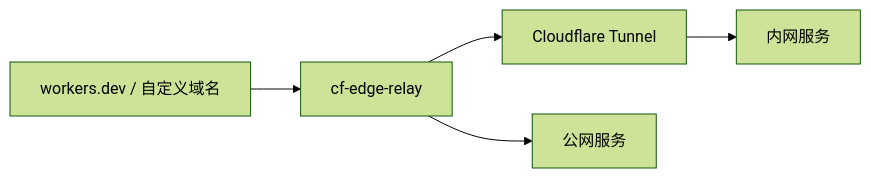
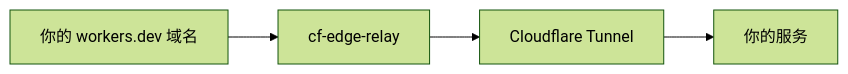
One commit to dreamhunter2333/cf-edge-relay changed the diagram in README.zh-CN.md. Above: the diagram before and after it, drawn with Mermaid (forest theme). The commit also changed other lines of this file and 8 other files, not shown here.

````diff
--- a/README.zh-CN.md
+++ b/README.zh-CN.md
@@ -7,6 +7,4 @@
 ```mermaid
 flowchart LR
-  In["workers.dev / 自定义域名"] --> Proxy["cf-edge-relay"]
-  Proxy --> Tunnel["Cloudflare Tunnel"] --> Private["内网服务"]
-  Proxy --> Public["公网服务"]
+  URL["你的 workers.dev 域名"] --> Worker["cf-edge-relay"] --> Tunnel["Cloudflare Tunnel"] --> Target["你的服务"]
 ```
````
